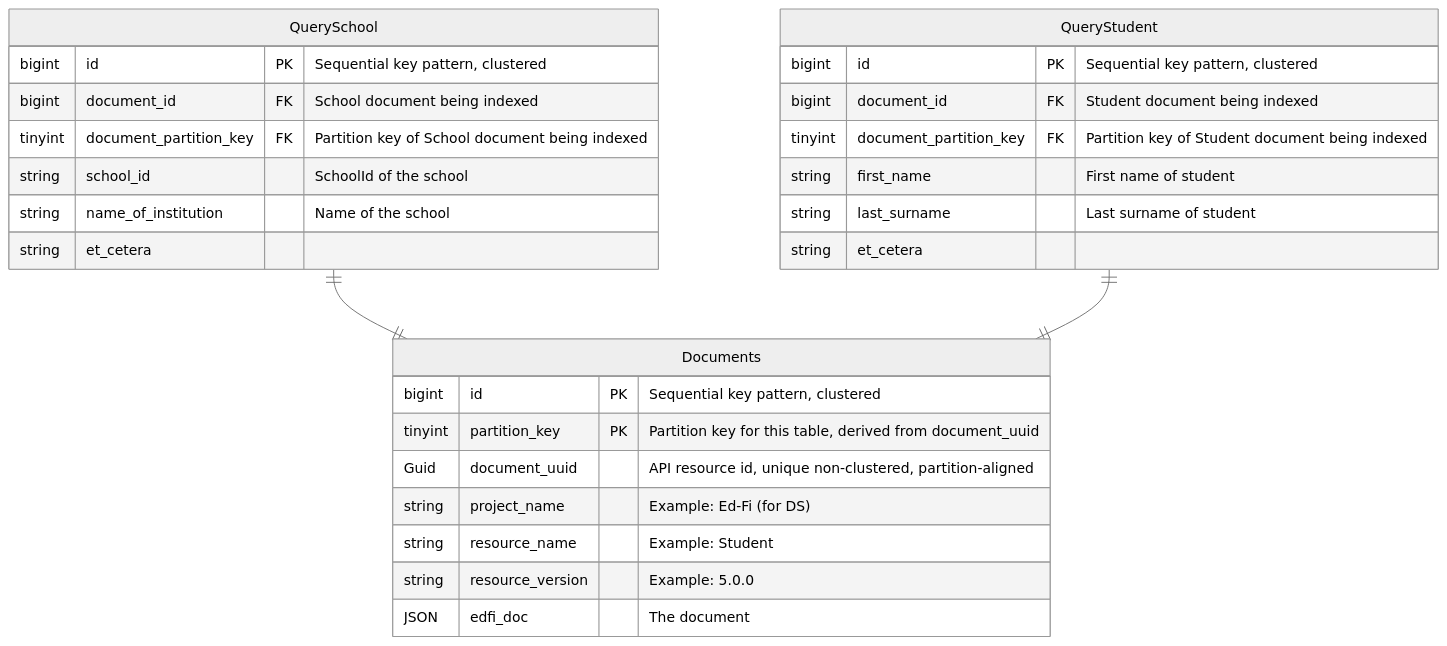
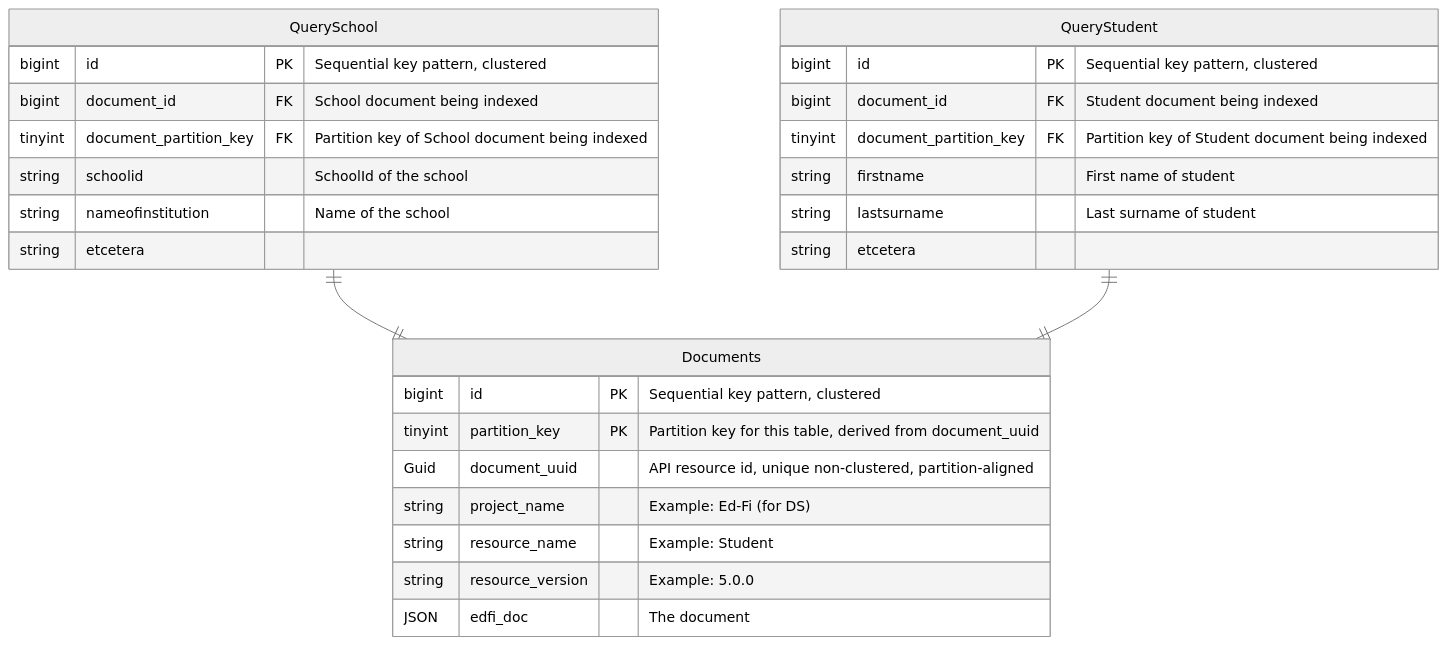
Before and after one commit to Ed-Fi-Alliance-OSS/Project-Tanager: the second of 3 diagrams in docs/DMS/PRIMARY-DATA-STORAGE.md, drawn with Mermaid (neutral theme). The commit also changed other lines of this file, not shown here.

````diff
--- a/docs/DMS/PRIMARY-DATA-STORAGE.md
+++ b/docs/DMS/PRIMARY-DATA-STORAGE.md
@@ -369,31 +387,31 @@
 ```mermaid
 erDiagram
 
     Documents {
         bigint id PK "Sequential key pattern, clustered"
         tinyint partition_key PK "Partition key for this table, derived from document_uuid"
         Guid document_uuid "API resource id, unique non-clustered, partition-aligned"
         string project_name "Example: Ed-Fi (for DS)"
         string resource_name "Example: Student"
         string resource_version "Example: 5.0.0"
         JSON edfi_doc "The document"
     }
     QuerySchool ||--|| Documents : ""
     QuerySchool {
         bigint id PK "Sequential key pattern, clustered"
         bigint document_id FK "School document being indexed"
         tinyint document_partition_key FK "Partition key of School document being indexed"
-        string school_id "SchoolId of the school"
-        string name_of_institution "Name of the school"
-        string et_cetera
+        string schoolid "SchoolId of the school"
+        string nameofinstitution "Name of the school"
+        string etcetera
     }
     QueryStudent ||--|| Documents : ""
     QueryStudent {
         bigint id PK "Sequential key pattern, clustered"
         bigint document_id FK "Student document being indexed"
         tinyint document_partition_key FK "Partition key of Student document being indexed"
-        string first_name "First name of student"
-        string last_surname "Last surname of student"
-        string et_cetera
+        string firstname "First name of student"
+        string lastsurname "Last surname of student"
+        string etcetera
     }
 ```
````
